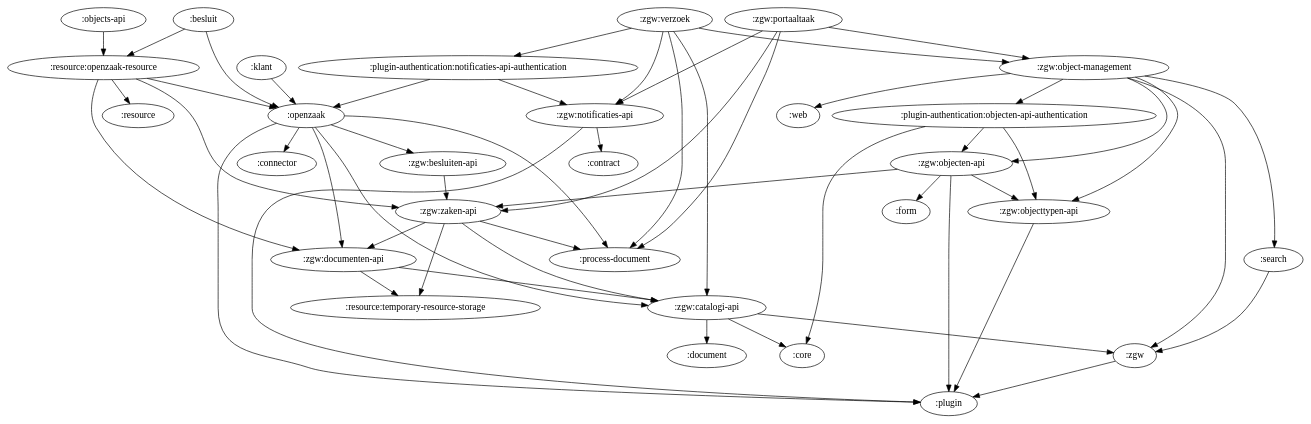
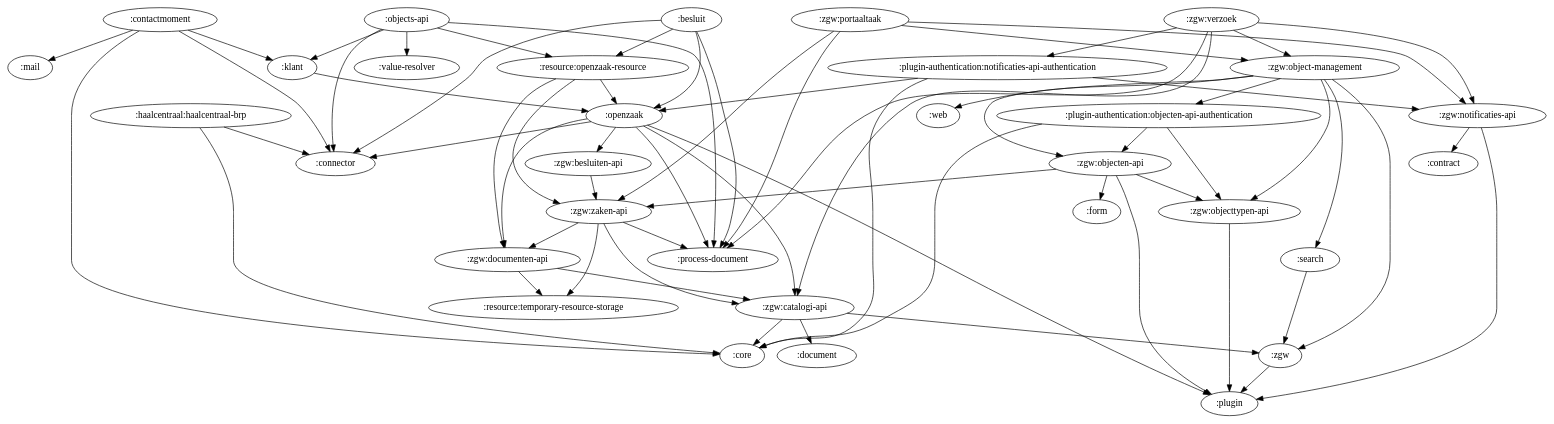
One commit to valtimo-platform/valtimo-backend-libraries changed the diagram in modules-api-zgw.dot. Above: the diagram before and after it, drawn with Graphviz. The commit also changed 8 other files, not shown here.

Commit message:
updated diagrams

```diff
--- a/modules-api-zgw.dot
+++ b/modules-api-zgw.dot
@@ -1,131 +1,131 @@
 digraph G {
-//":audit" -> ":contract"
-//":besluit" -> ":connector"
-":besluit" -> ":openzaak"
-//":besluit" -> ":process-document"
-":besluit" -> ":resource:openzaak-resource"
-//":connector" -> ":contract"
-":openzaak" -> ":connector"
-":openzaak" -> ":process-document"
-":openzaak" -> ":plugin"
-":openzaak" -> ":zgw:documenten-api"
-":openzaak" -> ":zgw:catalogi-api"
-":openzaak" -> ":zgw:besluiten-api"
-//":process-document" -> ":core"
-//":process-document" -> ":document"
-//":process-document" -> ":audit"
-//":process-document" -> ":value-resolver"
-":resource:openzaak-resource" -> ":resource"
-":resource:openzaak-resource" -> ":openzaak"
-":resource:openzaak-resource" -> ":zgw:documenten-api"
-":resource:openzaak-resource" -> ":zgw:zaken-api"
-//":plugin" -> ":contract"
-//":plugin" -> ":value-resolver"
-":zgw:documenten-api" -> ":resource:temporary-resource-storage"
-":zgw:documenten-api" -> ":zgw:catalogi-api"
-":zgw:catalogi-api" -> ":core"
-":zgw:catalogi-api" -> ":document"
-":zgw:catalogi-api" -> ":zgw"
-":zgw:besluiten-api" -> ":zgw:zaken-api"
-//":core" -> ":resource"
-//":core" -> ":web"
-//":document" -> ":data-provider"
-//":document" -> ":resource"
-//":resource" -> ":contract"
-":zgw:zaken-api" -> ":process-document"
-":zgw:zaken-api" -> ":resource:temporary-resource-storage"
-":zgw:zaken-api" -> ":zgw:catalogi-api"
-":zgw:zaken-api" -> ":zgw:documenten-api"
-//":case" -> ":document"
-//":case" -> ":value-resolver"
-//":data-provider" -> ":web"
-//":contactmoment" -> ":connector"
-//":contactmoment" -> ":core"
-//":contactmoment" -> ":klant"
-//":contactmoment" -> ":mail"
-":klant" -> ":openzaak"
-//":mail" -> ":contract"
-//":web" -> ":contract"
-//":document-export" -> ":document"
-//":document-export" -> ":resource"
-//":document-generation" -> ":core"
-//":document-generation" -> ":document"
-//":exact-plugin" -> ":process-document"
-//":exact-plugin" -> ":plugin"
-//":external-event" -> ":process-document"
-//":external-event" -> ":form"
-//":form" -> ":core"
-//":form" -> ":document"
-//":form-flow-valtimo" -> ":form-flow"
-//":form-flow-valtimo" -> ":form"
-//":form-flow-valtimo" -> ":form-link"
-//":form-flow-valtimo" -> ":value-resolver"
-//":form-link" -> ":process-document"
-//":form-link" -> ":form"
-//":form-link" -> ":resource:temporary-resource-storage"
-//":resource:temporary-resource-storage" -> ":contract"
-//":keycloak-iam" -> ":contract"
-//":milestones" -> ":core"
-//":milestones" -> ":web"
-//":notes" -> ":audit"
-//":notes" -> ":document"
-//":notes" -> ":web"
-//":objects-api" -> ":connector"
-//":objects-api" -> ":process-document"
-//":objects-api" -> ":klant"
-":objects-api" -> ":resource:openzaak-resource"
-//":objects-api" -> ":value-resolver"
-":zgw" -> ":plugin"
-//":plugin-authentication" -> ":plugin"
-//":plugin-valtimo" -> ":plugin"
-//":plugin-valtimo" -> ":core"
-//":search" -> ":web"
-":search" -> ":zgw"
-//":document-generation:smartdocuments" -> ":connector"
-//":document-generation:smartdocuments" -> ":document-generation"
-//":document-generation:smartdocuments" -> ":process-document"
-//":document-generation:smartdocuments" -> ":resource"
-//":document-generation:smartdocuments" -> ":resource:temporary-resource-storage"
-//":document-generation:smartdocuments" -> ":value-resolver"
-//":haalcentraal:haalcentraal-brp" -> ":core"
-//":haalcentraal:haalcentraal-brp" -> ":connector"
-//":mail:local-mail" -> ":mail"
-//":plugin-authentication:notificaties-api-authentication" -> ":core"
-":plugin-authentication:notificaties-api-authentication" -> ":openzaak"
-":plugin-authentication:notificaties-api-authentication" -> ":zgw:notificaties-api"
-":plugin-authentication:objecten-api-authentication" -> ":core"
-":plugin-authentication:objecten-api-authentication" -> ":zgw:objecten-api"
-":plugin-authentication:objecten-api-authentication" -> ":zgw:objecttypen-api"
-":zgw:notificaties-api" -> ":contract"
-":zgw:notificaties-api" -> ":plugin"
-":zgw:object-management" -> ":web"
-":zgw:object-management" -> ":search"
-":zgw:object-management" -> ":plugin-authentication:objecten-api-authentication"
-":zgw:object-management" -> ":zgw"
-":zgw:object-management" -> ":zgw:objecttypen-api"
-":zgw:object-management" -> ":zgw:objecten-api"
-":zgw:objecten-api" -> ":plugin"
-":zgw:objecten-api" -> ":form"
-":zgw:objecten-api" -> ":zgw:zaken-api"
-":zgw:objecten-api" -> ":zgw:objecttypen-api"
-":zgw:objecttypen-api" -> ":plugin"
-":zgw:portaaltaak" -> ":process-document"
-":zgw:portaaltaak" -> ":zgw:object-management"
-":zgw:portaaltaak" -> ":zgw:notificaties-api"
-":zgw:portaaltaak" -> ":zgw:zaken-api"
-":zgw:verzoek" -> ":process-document"
-":zgw:verzoek" -> ":plugin-authentication:notificaties-api-authentication"
-":zgw:verzoek" -> ":zgw:catalogi-api"
-":zgw:verzoek" -> ":zgw:notificaties-api"
-":zgw:verzoek" -> ":zgw:object-management"
-//":document-generation:local-document-generation" -> ":document-generation"
-//":resource:local-resource" -> ":resource"
-//":mail:flowmailer" -> ":mail"
-//":mail:flowmailer" -> ":connector"
-//":mail:flowmailer" -> ":document"
-//":mail:flowmailer" -> ":resource"
-//":mail:mandrill" -> ":mail"
-//":mail:wordpress-mail" -> ":mail"
-//":mail:wordpress-mail" -> ":connector"
-//":mail:wordpress-mail" -> ":document"
+//    ":audit" -> ":contract"
+    ":besluit" -> ":connector"
+    ":besluit" -> ":openzaak"
+    ":besluit" -> ":process-document"
+    ":besluit" -> ":resource:openzaak-resource"
+//    ":case" -> ":document"
+//    ":case" -> ":value-resolver"
+//    ":connector" -> ":contract"
+    ":contactmoment" -> ":connector"
+    ":contactmoment" -> ":core"
+    ":contactmoment" -> ":klant"
+    ":contactmoment" -> ":mail"
+//    ":core" -> ":resource"
+//    ":core" -> ":web"
+//    ":data-provider" -> ":web"
+//    ":document" -> ":data-provider"
+//    ":document" -> ":resource"
+//    ":document-export" -> ":document"
+//    ":document-export" -> ":resource"
+//    ":document-generation" -> ":core"
+//    ":document-generation" -> ":document"
+//    ":document-generation:local-document-generation" -> ":document-generation"
+//    ":document-generation:smartdocuments" -> ":connector"
+//    ":document-generation:smartdocuments" -> ":document-generation"
+//    ":document-generation:smartdocuments" -> ":process-document"
+//    ":document-generation:smartdocuments" -> ":resource"
+//    ":document-generation:smartdocuments" -> ":resource:temporary-resource-storage"
+//    ":document-generation:smartdocuments" -> ":value-resolver"
+//    ":exact-plugin" -> ":plugin"
+//    ":exact-plugin" -> ":process-document"
+//    ":external-event" -> ":form"
+//    ":external-event" -> ":process-document"
+//    ":form" -> ":core"
+//    ":form" -> ":document"
+//    ":form-flow-valtimo" -> ":form"
+//    ":form-flow-valtimo" -> ":form-flow"
+//    ":form-flow-valtimo" -> ":form-link"
+//    ":form-flow-valtimo" -> ":value-resolver"
+//    ":form-link" -> ":form"
+//    ":form-link" -> ":process-document"
+//    ":form-link" -> ":resource:temporary-resource-storage"
+    ":haalcentraal:haalcentraal-brp" -> ":connector"
+    ":haalcentraal:haalcentraal-brp" -> ":core"
+//    ":keycloak-iam" -> ":contract"
+    ":klant" -> ":openzaak"
+//    ":mail" -> ":contract"
+//    ":mail:flowmailer" -> ":connector"
+//    ":mail:flowmailer" -> ":document"
+//    ":mail:flowmailer" -> ":mail"
+//    ":mail:flowmailer" -> ":resource"
+//    ":mail:local-mail" -> ":mail"
+//    ":mail:mandrill" -> ":mail"
+//    ":mail:wordpress-mail" -> ":connector"
+//    ":mail:wordpress-mail" -> ":document"
+//    ":mail:wordpress-mail" -> ":mail"
+//    ":milestones" -> ":core"
+//    ":milestones" -> ":web"
+//    ":notes" -> ":audit"
+//    ":notes" -> ":document"
+//    ":notes" -> ":web"
+    ":objects-api" -> ":connector"
+    ":objects-api" -> ":klant"
+    ":objects-api" -> ":process-document"
+    ":objects-api" -> ":resource:openzaak-resource"
+    ":objects-api" -> ":value-resolver"
+    ":openzaak" -> ":connector"
+    ":openzaak" -> ":plugin"
+    ":openzaak" -> ":process-document"
+    ":openzaak" -> ":zgw:besluiten-api"
+    ":openzaak" -> ":zgw:catalogi-api"
+    ":openzaak" -> ":zgw:documenten-api"
+//    ":plugin" -> ":contract"
+//    ":plugin" -> ":value-resolver"
+//    ":plugin-authentication" -> ":plugin"
+    ":plugin-authentication:notificaties-api-authentication" -> ":core"
+    ":plugin-authentication:notificaties-api-authentication" -> ":openzaak"
+    ":plugin-authentication:notificaties-api-authentication" -> ":zgw:notificaties-api"
+    ":plugin-authentication:objecten-api-authentication" -> ":core"
+    ":plugin-authentication:objecten-api-authentication" -> ":zgw:objecten-api"
+    ":plugin-authentication:objecten-api-authentication" -> ":zgw:objecttypen-api"
+//    ":plugin-valtimo" -> ":core"
+//    ":plugin-valtimo" -> ":plugin"
+//    ":process-document" -> ":audit"
+//    ":process-document" -> ":core"
+//    ":process-document" -> ":document"
+//    ":process-document" -> ":value-resolver"
+//    ":resource" -> ":contract"
+//    ":resource:local-resource" -> ":resource"
+    ":resource:openzaak-resource" -> ":openzaak"
+//    ":resource:openzaak-resource" -> ":resource"
+    ":resource:openzaak-resource" -> ":zgw:documenten-api"
+    ":resource:openzaak-resource" -> ":zgw:zaken-api"
+//    ":resource:temporary-resource-storage" -> ":contract"
+//    ":search" -> ":web"
+    ":search" -> ":zgw"
+//    ":web" -> ":contract"
+    ":zgw" -> ":plugin"
+    ":zgw:besluiten-api" -> ":zgw:zaken-api"
+    ":zgw:catalogi-api" -> ":core"
+    ":zgw:catalogi-api" -> ":document"
+    ":zgw:catalogi-api" -> ":zgw"
+    ":zgw:documenten-api" -> ":resource:temporary-resource-storage"
+    ":zgw:documenten-api" -> ":zgw:catalogi-api"
+    ":zgw:notificaties-api" -> ":contract"
+    ":zgw:notificaties-api" -> ":plugin"
+    ":zgw:object-management" -> ":plugin-authentication:objecten-api-authentication"
+    ":zgw:object-management" -> ":search"
+    ":zgw:object-management" -> ":web"
+    ":zgw:object-management" -> ":zgw"
+    ":zgw:object-management" -> ":zgw:objecten-api"
+    ":zgw:object-management" -> ":zgw:objecttypen-api"
+    ":zgw:objecten-api" -> ":form"
+    ":zgw:objecten-api" -> ":plugin"
+    ":zgw:objecten-api" -> ":zgw:objecttypen-api"
+    ":zgw:objecten-api" -> ":zgw:zaken-api"
+    ":zgw:objecttypen-api" -> ":plugin"
+    ":zgw:portaaltaak" -> ":process-document"
+    ":zgw:portaaltaak" -> ":zgw:notificaties-api"
+    ":zgw:portaaltaak" -> ":zgw:object-management"
+    ":zgw:portaaltaak" -> ":zgw:zaken-api"
+    ":zgw:verzoek" -> ":plugin-authentication:notificaties-api-authentication"
+    ":zgw:verzoek" -> ":process-document"
+    ":zgw:verzoek" -> ":zgw:catalogi-api"
+    ":zgw:verzoek" -> ":zgw:notificaties-api"
+    ":zgw:verzoek" -> ":zgw:object-management"
+    ":zgw:zaken-api" -> ":process-document"
+    ":zgw:zaken-api" -> ":resource:temporary-resource-storage"
+    ":zgw:zaken-api" -> ":zgw:catalogi-api"
+    ":zgw:zaken-api" -> ":zgw:documenten-api"
 }
```
